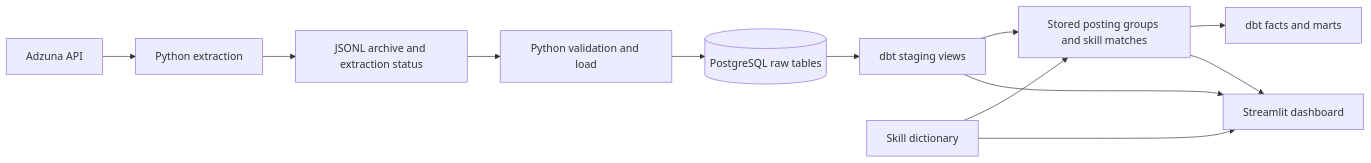
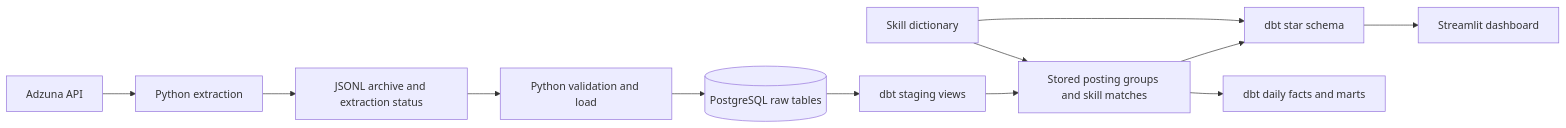
One commit to oonursoylu/job-market-data-pipeline changed the diagram in README.md. Above: the diagram before and after it, drawn with Mermaid. The commit also changed other lines of this file and 3 other files, not shown here.

Commit message:
Move the dashboard onto the star schema

````diff
--- a/README.md
+++ b/README.md
@@ -35,14 +35,14 @@
 ```mermaid
 flowchart LR
     A[Adzuna API] --> B[Python extraction]
     B --> C[JSONL archive and extraction status]
     C --> D[Python validation and load]
     D --> E[(PostgreSQL raw tables)]
     E --> F[dbt staging views]
     F --> G[Stored posting groups and skill matches]
-    G --> H[dbt facts and marts]
-    F --> I[Streamlit dashboard]
-    G --> I
     S[Skill dictionary] --> G
-    S --> I
+    G --> H[dbt star schema]
+    S --> H
+    G --> M[dbt daily facts and marts]
+    H --> I[Streamlit dashboard]
 ```
````
